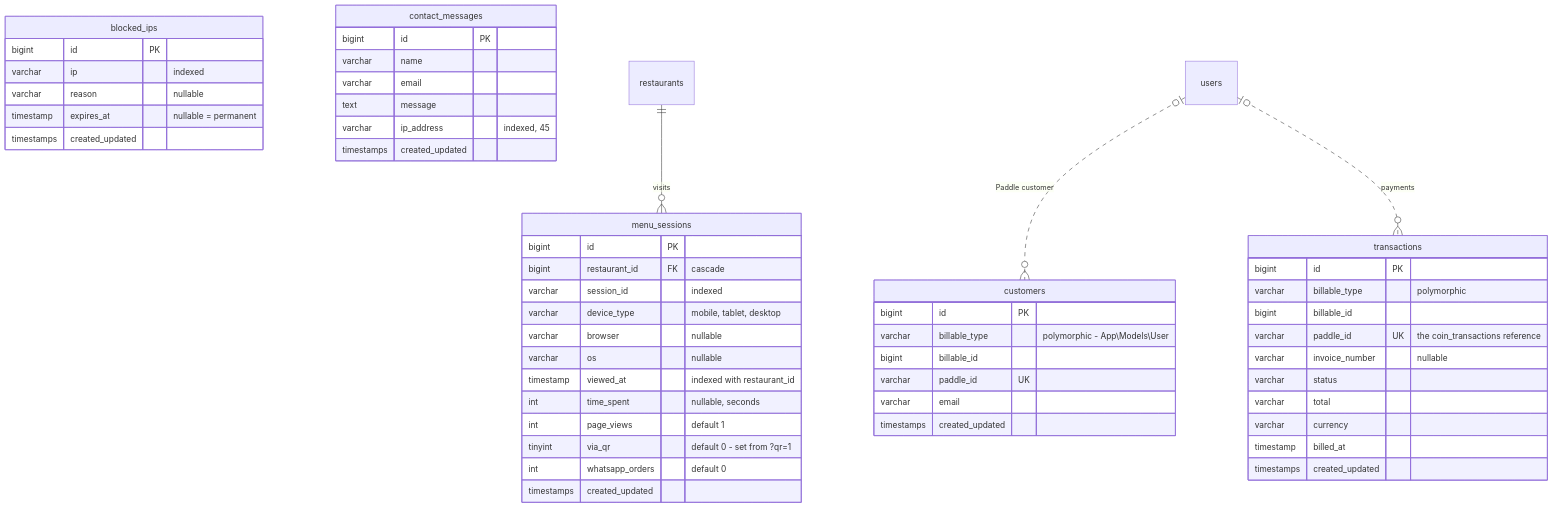
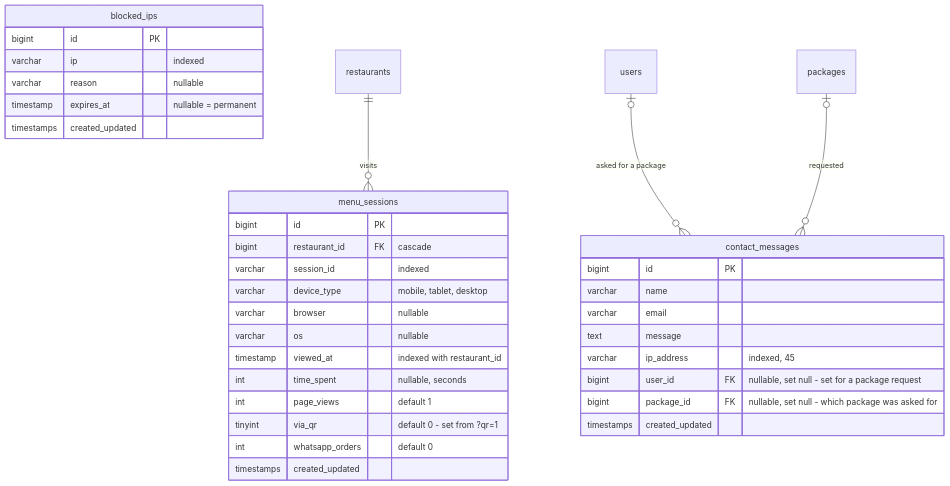
One commit to Danyseifedine/qayema changed the third of 3 diagrams in docs/database-erd.md. Above: the diagram before and after it, drawn with Mermaid. The commit also changed other lines of this file and 14 other files, not shown here.

````diff
--- a/docs/database-erd.md
+++ b/docs/database-erd.md
@@ -204,60 +186,40 @@
 ```mermaid
 erDiagram
     menu_sessions {
         bigint id PK
         bigint restaurant_id FK "cascade"
         varchar session_id "indexed"
         varchar device_type "mobile, tablet, desktop"
         varchar browser "nullable"
         varchar os "nullable"
         timestamp viewed_at "indexed with restaurant_id"
         int time_spent "nullable, seconds"
         int page_views "default 1"
         tinyint via_qr "default 0 - set from ?qr=1"
         int whatsapp_orders "default 0"
         timestamps created_updated
     }
 
-    customers {
-        bigint id PK
-        varchar billable_type "polymorphic - App\\Models\\User"
-        bigint billable_id
-        varchar paddle_id UK
-        varchar email
-        timestamps created_updated
-    }
-
-    transactions {
-        bigint id PK
-        varchar billable_type "polymorphic"
-        bigint billable_id
-        varchar paddle_id UK "the coin_transactions reference"
-        varchar invoice_number "nullable"
-        varchar status
-        varchar total
-        varchar currency
-        timestamp billed_at
-        timestamps created_updated
-    }
-
     blocked_ips {
         bigint id PK
         varchar ip "indexed"
         varchar reason "nullable"
         timestamp expires_at "nullable = permanent"
         timestamps created_updated
     }
 
     contact_messages {
         bigint id PK
         varchar name
         varchar email
         text message
         varchar ip_address "indexed, 45"
+        bigint user_id FK "nullable, set null - set for a package request"
+        bigint package_id FK "nullable, set null - which package was asked for"
         timestamps created_updated
     }
 
     restaurants ||--o{ menu_sessions : "visits"
-    users |o..o{ customers : "Paddle customer"
-    users |o..o{ transactions : "payments"
+    users |o--o{ contact_messages : "asked for a package"
+    packages |o--o{ contact_messages : "requested"
 ```
````
